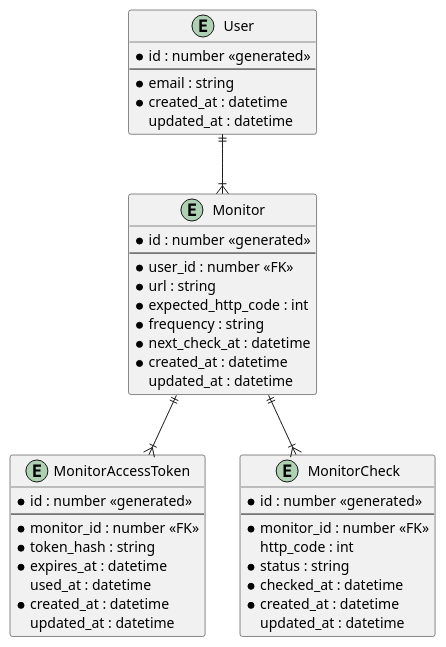
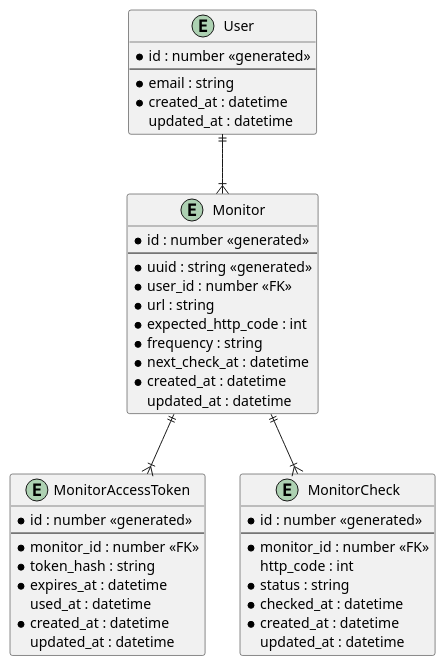
The diagram in documents/UML/diagram_entity_relation.puml (julien-gassmann/url-monitor), drawn with PlantUML before and after one commit. The commit also changed 18 other files, not shown here.

```diff
--- a/documents/UML/diagram_entity_relation.puml
+++ b/documents/UML/diagram_entity_relation.puml
@@ -1,49 +1,50 @@
 @startuml
 top to bottom direction
 
 entity "User" {
   *id : number <<generated>>
   --
   *email : string
   *created_at : datetime
   updated_at : datetime
 }
 
 entity "Monitor" {
   *id : number <<generated>>
   --
+  *uuid : string <<generated>>
   *user_id : number <<FK>>
   *url : string
   *expected_http_code : int
   *frequency : string
   *next_check_at : datetime
   *created_at : datetime
   updated_at : datetime
 }
 
 entity "MonitorAccessToken" {
   *id : number <<generated>>
   --
   *monitor_id : number <<FK>>
   *token_hash : string
   *expires_at : datetime
   used_at : datetime
   *created_at : datetime
   updated_at : datetime
 }
 
 entity "MonitorCheck" {
   *id : number <<generated>>
   --
   *monitor_id : number <<FK>>
   http_code : int
   *status : string
   *checked_at : datetime
   *created_at : datetime
   updated_at : datetime
 }
 
 User ||--|{ Monitor
 Monitor ||--|{ MonitorCheck
 Monitor ||--|{ MonitorAccessToken
 @enduml
```
